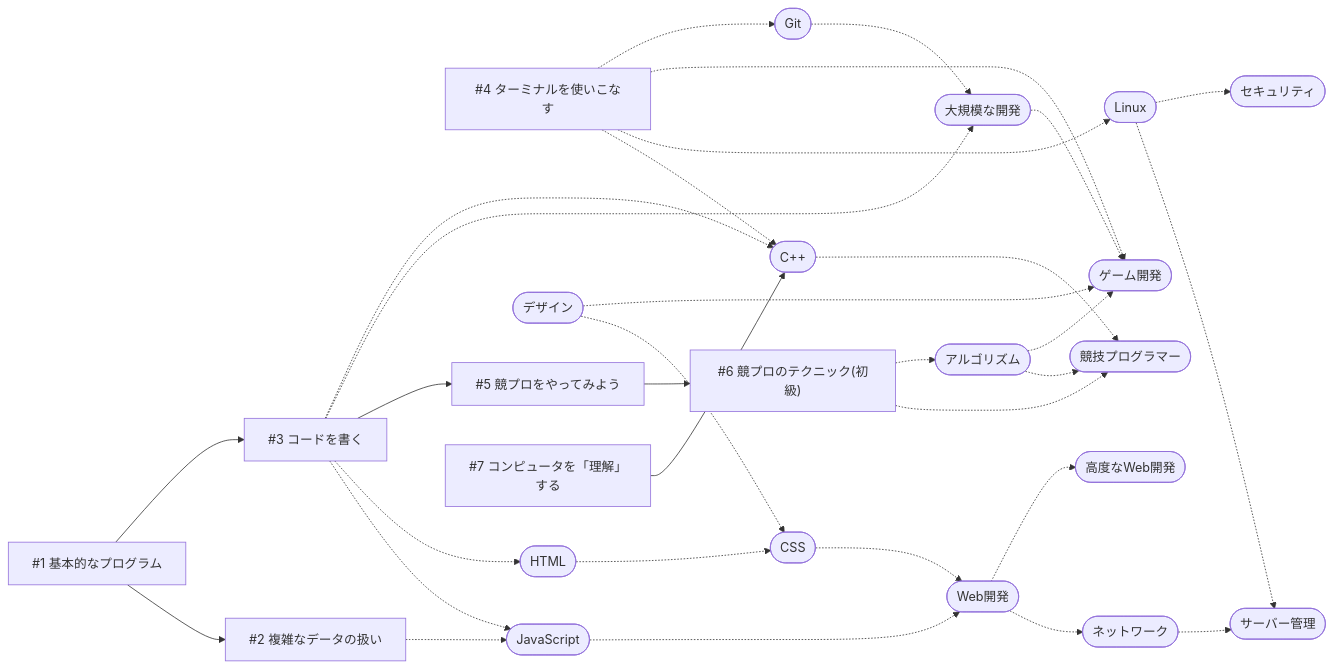
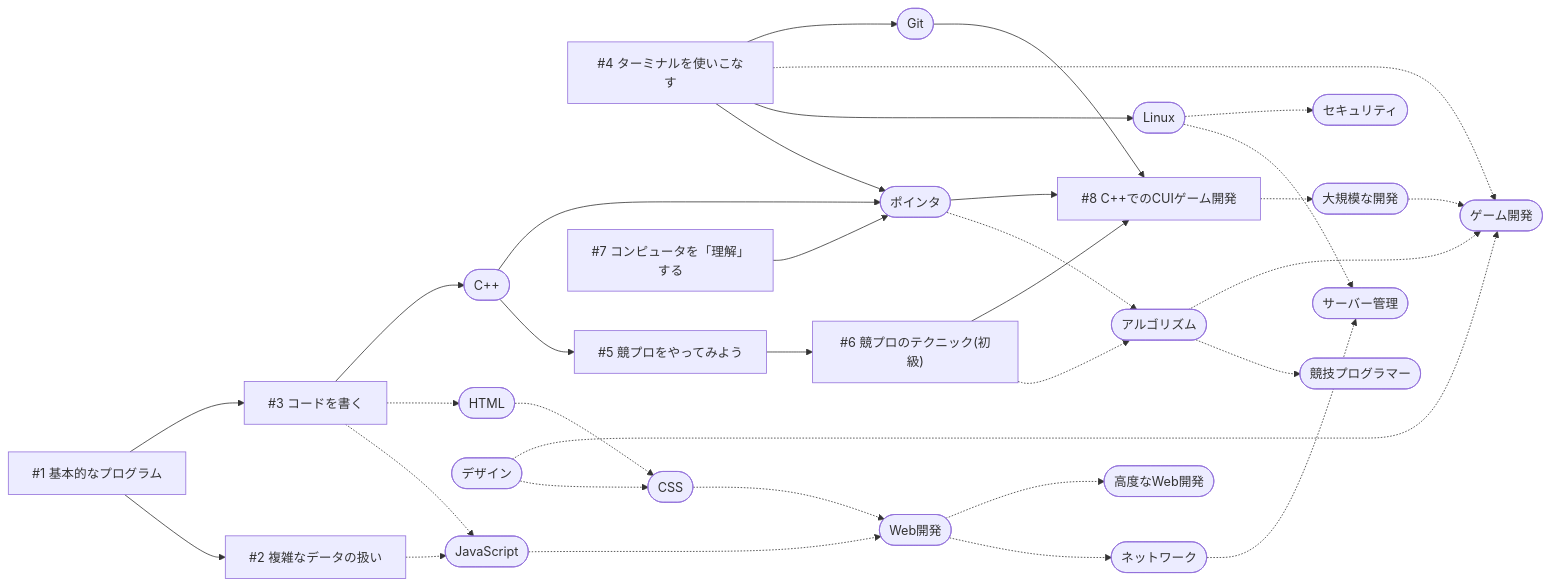
The diagram in index.md (Koyo-PC/Guide-For-Members), drawn with Mermaid before and after one commit. The commit also changed other lines of this file, not shown here.

````diff
--- a/index.md
+++ b/index.md
@@ -65,36 +66,38 @@
 ```mermaid
 flowchart LR
 #1[#1 基本的なプログラム] --> #2[#2 複雑なデータの扱い]
 #1 --> #3[#3 コードを書く]
 #4[#4 ターミナルを使いこなす]
 #2 -.-> JS([JavaScript])
 %% #2 --> #5
 #3 -.-> JS
 #3 -.-> HTML([HTML])
 Design([デザイン]) -.-> CSS([CSS])
 HTML -.-> CSS
 CSS -.-> Web([Web開発])
 JS -.-> Web
 Web -.-> Net([ネットワーク])
 Net -.-> Server([サーバー管理])
 Web -.-> HardWeb([高度なWeb開発])
-#3 --> #5[#5 競プロをやってみよう]
+#7["#7 コンピュータを「理解」する"] --> Pointer([ポインタ])
+#3 --> C++([C++])
+C++ --> #5[#5 競プロをやってみよう]
 #5 --> #6["#6 競プロのテクニック(初級)"]
-#6 -.-> 競プロer([競技プログラマー])
-Algo([アルゴリズム]) -.-> 競プロer
+Algo([アルゴリズム]) -.-> 競プロer([競技プログラマー])
 #6 -.-> Algo
-#7["#7 コンピュータを「理解」する"] --> C++([C++])
-C++ -.-> 競プロer
-#4 -.-> C++
-#4 -.-> Linux([Linux])
+Pointer -.-> Algo
+#4 --> Pointer
+#4 --> Linux([Linux])
 Linux -.-> Server
 Linux -.-> Hacking([セキュリティ])
 Design -.-> Game([ゲーム開発])
 Algo -.-> Game
 #4 -.-> Game
-#4 -.-> Git([Git])
-#3 -.-> Project([大規模な開発])
-Git -.-> Project
+#4 --> Git([Git])
+#8 -.-> Project([大規模な開発])
+Git --> #8
 Project -.-> Game
-#3 -.-> C++
+C++ --> Pointer
+Pointer --> #8["#8 C++でのCUIゲーム開発"]
+#6 --> #8
 ```
````
